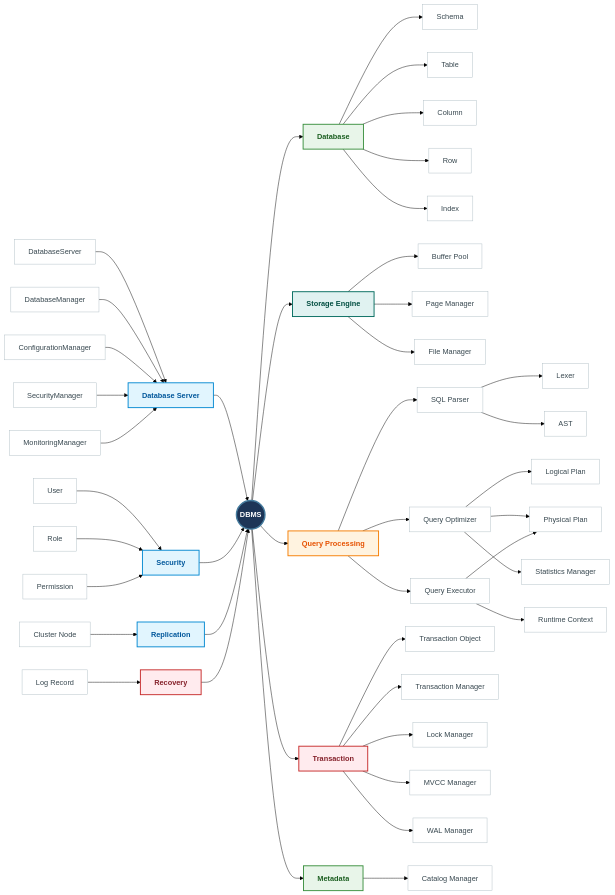
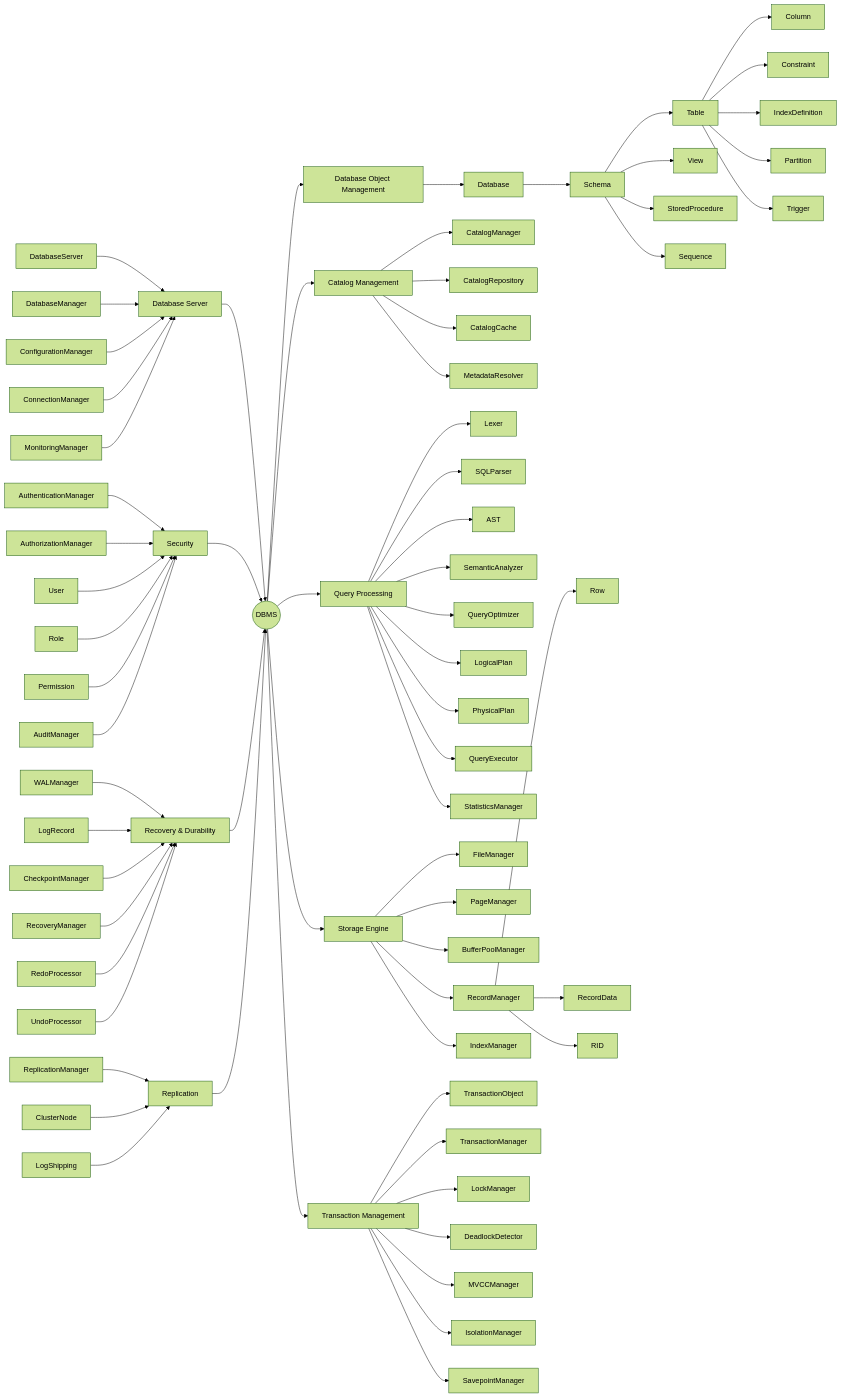
One commit to Hagiakhanh/bbv-dbms changed the first of 10 diagrams in README.md. Above: the diagram before and after it, drawn with Mermaid (forest theme). The commit also changed other lines of this file and 9 other files, not shown here.

````diff
--- a/README.md
+++ b/README.md
@@ -3,109 +3,89 @@
 ```mermaid
 flowchart LR
-    %% =====================================================
-    %% NODE DECLARATIONS & STYLING (Declared exactly once)
-    %% =====================================================
-    DBMS((DBMS)):::rootStyle
-    %% Left-side Branches
-    Server["Database Server"]:::branchAdmin
-    Security["Security"]:::branchAdmin
-    Replication["Replication"]:::branchAdmin
-    Recovery["Recovery"]:::branchTx
-    DatabaseServer["DatabaseServer"]:::leafStyle
-    DatabaseManager["DatabaseManager"]:::leafStyle
-    ConfigurationManager["ConfigurationManager"]:::leafStyle
-    SecurityManager["SecurityManager"]:::leafStyle
-    MonitoringManager["MonitoringManager"]:::leafStyle
-    User["User"]:::leafStyle
-    Role["Role"]:::leafStyle
-    Permission["Permission"]:::leafStyle
-    ClusterNode["Cluster Node"]:::leafStyle
-    LogRecord["Log Record"]:::leafStyle
-    %% Right-side Branches
-    Database["Database"]:::branchCatalog
-    Storage["Storage Engine"]:::branchStorage
-    Query["Query Processing"]:::branchQuery
-    Transaction["Transaction"]:::branchTx
-    Metadata["Metadata"]:::branchCatalog
-    Schema["Schema"]:::leafStyle
-    Table["Table"]:::leafStyle
-    Column["Column"]:::leafStyle
-    Row["Row"]:::leafStyle
-    Index["Index"]:::leafStyle
-    BufferPool["Buffer Pool"]:::leafStyle
-    PageManager["Page Manager"]:::leafStyle
-    FileManager["File Manager"]:::leafStyle
-    SQLParser["SQL Parser"]:::leafStyle
-    Lexer["Lexer"]:::leafStyle
-    AST["AST"]:::leafStyle
-    QueryOptimizer["Query Optimizer"]:::leafStyle
-    LogicalPlan["Logical Plan"]:::leafStyle
-    PhysicalPlan["Physical Plan"]:::leafStyle
-    StatisticsManager["Statistics Manager"]:::leafStyle
-    QueryExecutor["Query Executor"]:::leafStyle
-    RuntimeContext["Runtime Context"]:::leafStyle
-    TransactionObject["Transaction Object"]:::leafStyle
-    TransactionManager["Transaction Manager"]:::leafStyle
-    LockManager["Lock Manager"]:::leafStyle
-    MVCCManager["MVCC Manager"]:::leafStyle
-    WALManager["WAL Manager"]:::leafStyle
-    CatalogManager["Catalog Manager"]:::leafStyle
-    %% =====================================================
-    %% CONNECTIONS (Simple Node IDs only)
-    %% =====================================================
-    %% Left Side Connections (pointing left-to-right into DBMS)
-    Server --> DBMS
-    Security --> DBMS
-    Replication --> DBMS
-    Recovery --> DBMS
+    DBMS((DBMS))
+
+    %% Left Side: Flowing towards DBMS
+    Server["Database Server"] --> DBMS
+    Security["Security"] --> DBMS
+    Recovery["Recovery & Durability"] --> DBMS
+    Replication["Replication"] --> DBMS
+
+    %% Right Side: Flowing from DBMS
+    DBMS --> Objects["Database Object Management"]
+    DBMS --> Catalog["Catalog Management"]
+    DBMS --> Query["Query Processing"]
+    DBMS --> Storage["Storage Engine"]
+    DBMS --> Tx["Transaction Management"]
+
+    %% --- Left Side Details ---
     DatabaseServer --> Server
     DatabaseManager --> Server
     ConfigurationManager --> Server
-    SecurityManager --> Server
+    ConnectionManager --> Server
     MonitoringManager --> Server
+
+    AuthenticationManager --> Security
+    AuthorizationManager --> Security
     User --> Security
     Role --> Security
     Permission --> Security
+    AuditManager --> Security
+
+    WALManager --> Recovery
+    LogRecord --> Recovery
+    CheckpointManager --> Recovery
+    RecoveryManager --> Recovery
+    RedoProcessor --> Recovery
+    UndoProcessor --> Recovery
+
+    ReplicationManager --> Replication
     ClusterNode --> Replication
-    LogRecord --> Recovery
-    %% Right Side Connections (pointing right)
-    DBMS --> Database
-    DBMS --> Storage
-    DBMS --> Query
-    DBMS --> Transaction
-    DBMS --> Metadata
+    LogShipping --> Replication
+
+    %% --- Right Side Details ---
+    Objects --> Database
     Database --> Schema
-    Database --> Table
-    Database --> Column
-    Database --> Row
-    Database --> Index
-    Storage --> BufferPool
+    Schema --> Table
+    Schema --> View
+    Schema --> StoredProcedure
+    Schema --> Sequence
+
+    Table --> Column
+    Table --> Constraint
+    Table --> IndexDefinition
+    Table --> Partition
+    Table --> Trigger
+
+    Catalog --> CatalogManager
+    Catalog --> CatalogRepository
+    Catalog --> CatalogCache
+    Catalog --> MetadataResolver
+
+    Query --> Lexer
+    Query --> SQLParser
+    Query --> AST
+    Query --> SemanticAnalyzer
+    Query --> QueryOptimizer
+    Query --> LogicalPlan
+    Query --> PhysicalPlan
+    Query --> QueryExecutor
+    Query --> StatisticsManager
+
+    Storage --> FileManager
     Storage --> PageManager
-    Storage --> FileManager
-    Query --> SQLParser
-    SQLParser --> Lexer
-    SQLParser --> AST
-    Query --> QueryOptimizer
-    QueryOptimizer --> LogicalPlan
-    QueryOptimizer --> PhysicalPlan
-    QueryOptimizer --> StatisticsManager
-    Query --> QueryExecutor
-    QueryExecutor --> RuntimeContext
-    QueryExecutor --> PhysicalPlan
-    Transaction --> TransactionObject
-    Transaction --> TransactionManager
-    Transaction --> LockManager
-    Transaction --> MVCCManager
-    Transaction --> WALManager
-    Metadata --> CatalogManager
-    %% =====================================================
-    %% STYLING DEFINITIONS (HSL Colors)
-    %% =====================================================
-    classDef rootStyle fill:#1d3557,stroke:#457b9d,stroke-width:3px,color:#fff,font-weight:bold,font-size:16px;
-    classDef branchAdmin fill:#e1f5fe,stroke:#0288d1,stroke-width:2px,color:#01579b,font-weight:bold;
-    classDef branchQuery fill:#fff3e0,stroke:#f57c00,stroke-width:2px,color:#e65100,font-weight:bold;
-    classDef branchCatalog fill:#e8f5e9,stroke:#388e3c,stroke-width:2px,color:#1b5e20,font-weight:bold;
-    classDef branchStorage fill:#e0f2f1,stroke:#00695c,stroke-width:2px,color:#004d40,font-weight:bold;
-    classDef branchTx fill:#ffebee,stroke:#c62828,stroke-width:2px,color:#842029,font-weight:bold;
-    classDef leafStyle fill:#ffffff,stroke:#b0bec5,stroke-width:1px,color:#37474f;
+    Storage --> BufferPoolManager
+    Storage --> RecordManager
+    Storage --> IndexManager
+
+    RecordManager --> Row
+    RecordManager --> RecordData
+    RecordManager --> RID
+
+    Tx --> TransactionObject
+    Tx --> TransactionManager
+    Tx --> LockManager
+    Tx --> DeadlockDetector
+    Tx --> MVCCManager
+    Tx --> IsolationManager
+    Tx --> SavepointManager
 ```
````
